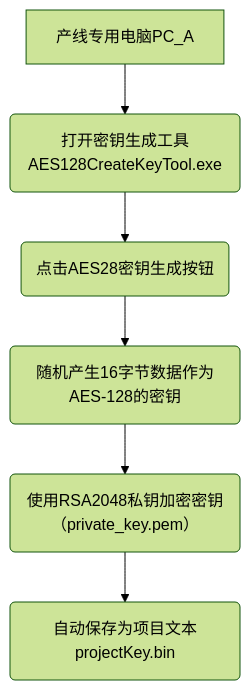
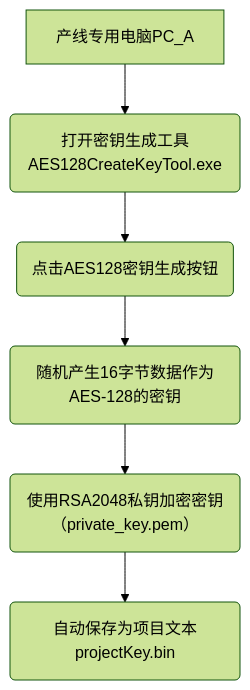
The diagram in all/未命名-9.md (facebook-cloud/iodraw-files), drawn with Mermaid (forest theme) before and after one commit.

Commit message:
2026-01-06 20:38:27 update

````diff
--- a/all/未命名-9.md
+++ b/all/未命名-9.md
@@ -1,9 +1,9 @@
 ```mermaid
 graph TD
     A[产线专用电脑PC_A] --> B(打开密钥生成工具AES128CreateKeyTool.exe)
-    B --> C(点击AES28密钥生成按钮)
+    B --> C(点击AES128密钥生成按钮)
     C --> D(随机产生16字节数据作为AES-128的密钥)
     D --> E(使用RSA2048私钥加密密钥（private_key.pem）)
     E --> F(自动保存为项目文本projectKey.bin)
 
 ```
````
